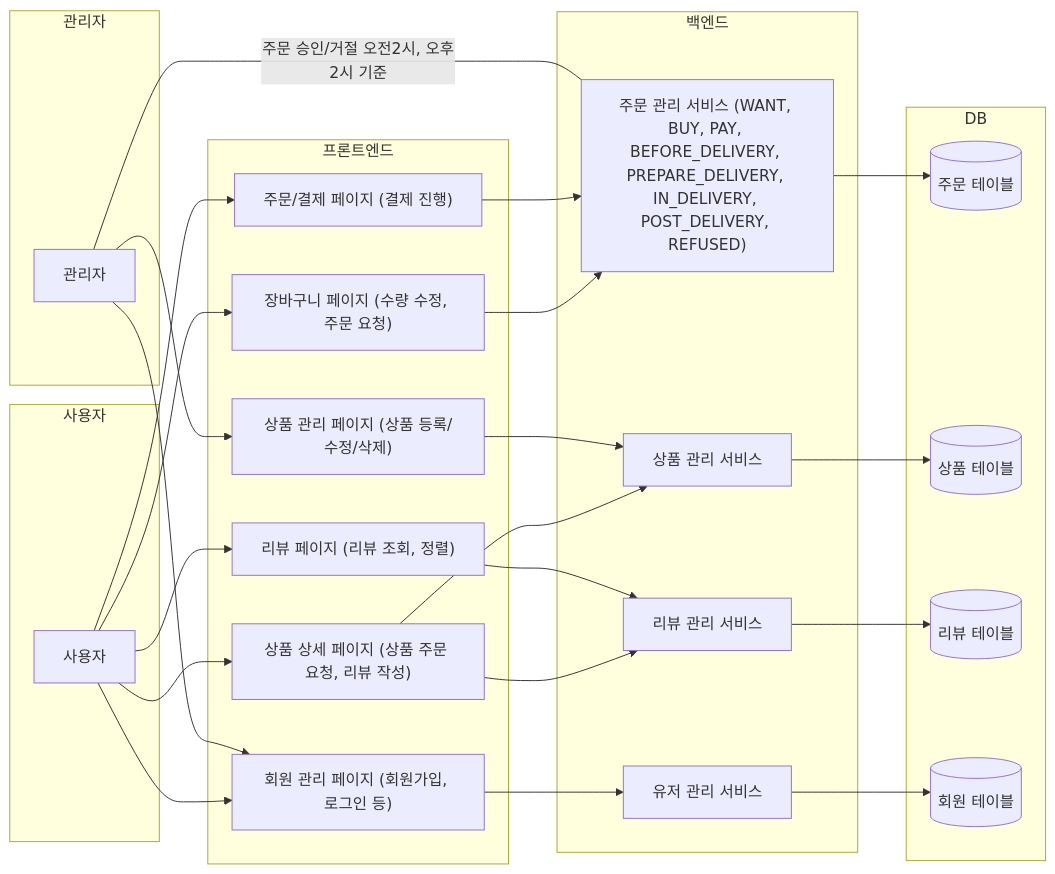
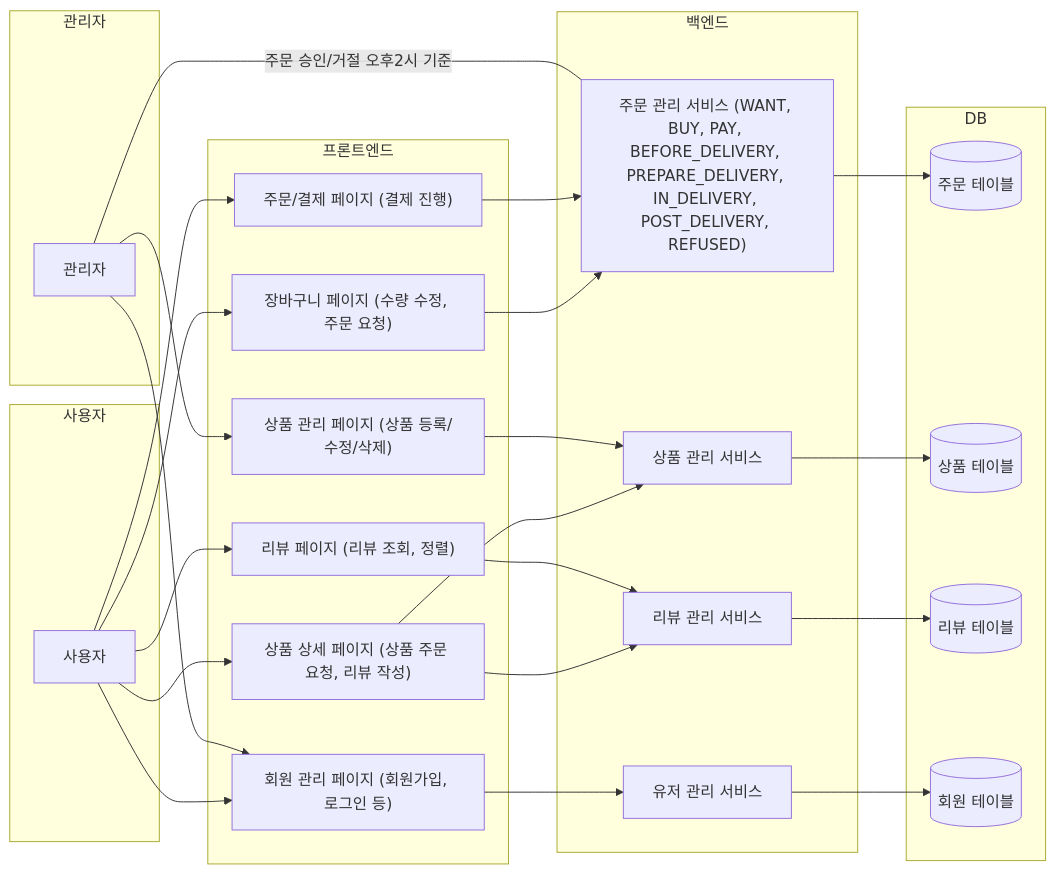
Before and after one commit to prgrms-be-devcourse/NBE4-5-1-Team09: the first of 2 diagrams in README.md, drawn with Mermaid.

Commit message:
docs: update README.md
- 오탈자 수정

````diff
--- a/README.md
+++ b/README.md
@@ -32,67 +32,67 @@
 ```mermaid
 graph LR
     %% 액터 영역
     subgraph 사용자
       U1[사용자]
     end
 
     subgraph 관리자
       A1[관리자]
     end
 
     %% 프론트엔드 영역
     subgraph 프론트엔드
       F1["상품 상세 페이지 (상품 주문 요청, 리뷰 작성)"]
       F2["장바구니 페이지 (수량 수정, 주문 요청)"]
       F3["주문/결제 페이지 (결제 진행)"]
       F4["상품 관리 페이지 (상품 등록/수정/삭제)"]
       F5["리뷰 페이지 (리뷰 조회, 정렬)"]
       F6["회원 관리 페이지 (회원가입, 로그인 등)"]
     end
 
     %% 백엔드 서비스 영역
     subgraph 백엔드
       S1["주문 관리 서비스 (WANT, BUY, PAY, BEFORE_DELIVERY, PREPARE_DELIVERY, IN_DELIVERY, POST_DELIVERY, REFUSED)"]
       S2["상품 관리 서비스"]
       S3["리뷰 관리 서비스"]
       S4["유저 관리 서비스"]
     end
 
     %% 데이터베이스 영역
     subgraph DB
       DB1[(주문 테이블)]
       DB2[(상품 테이블)]
       DB3[(리뷰 테이블)]
       DB4[(회원 테이블)]
     end
 
     %% 사용자 흐름
     U1 --> F1
     U1 --> F2
     U1 --> F3
     U1 --> F5
     U1 --> F6
 
     %% 관리자 흐름
     A1 --> F4
     A1 --> F6
 
     %% 프론트엔드와 백엔드 연결
     F1 --> S2
     F1 --> S3
     F2 --> S1
     F3 --> S1
     F4 --> S2
     F5 --> S3
     F6 --> S4
 
     %% 백엔드와 데이터베이스 연결
     S1 --> DB1
     S2 --> DB2
     S3 --> DB3
     S4 --> DB4
 
     %% 관리자 주문 승인/거절 흐름
-    A1 ---|주문 승인/거절 오전2시, 오후2시 기준| S1
+    A1 ---|주문 승인/거절 오후2시 기준| S1
 
 ```
````
